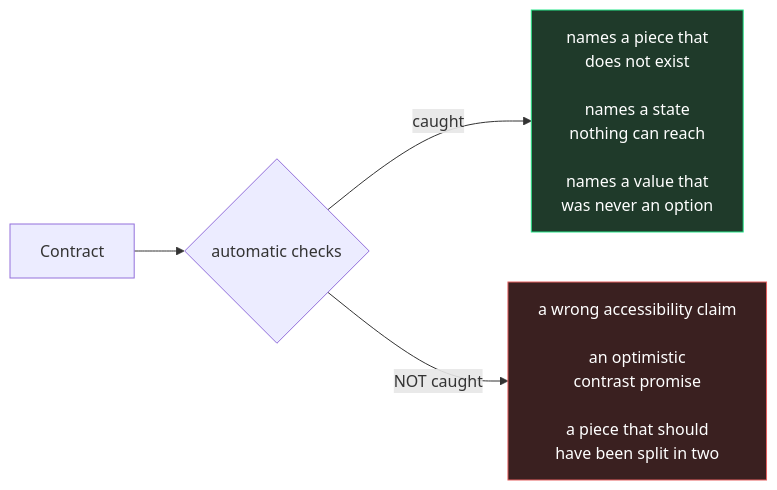
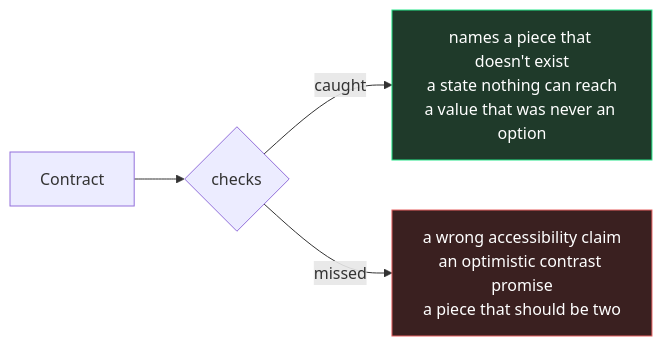
Before and after one commit to cris-achiardi/weave-ds-template: the second of 2 diagrams in docs/documentation/02-the-two-halves.md, drawn with Mermaid. The commit also changed other lines of this file and 6 other files, not shown here.

````diff
--- a/docs/documentation/02-the-two-halves.md
+++ b/docs/documentation/02-the-two-halves.md
@@ -158,8 +97,8 @@
 ```mermaid
 flowchart LR
-  A["Contract"] --> B{"automatic checks"}
-  B -->|"caught"| C["names a piece that<br/>does not exist<br/><br/>names a state<br/>nothing can reach<br/><br/>names a value that<br/>was never an option"]
-  B -->|"NOT caught"| D["a wrong accessibility claim<br/><br/>an optimistic<br/>contrast promise<br/><br/>a piece that should<br/>have been split in two"]
+  A["Contract"] --> B{"checks"}
+  B -->|"caught"| C["names a piece that doesn't exist<br/>a state nothing can reach<br/>a value that was never an option"]
+  B -->|"missed"| D["a wrong accessibility claim<br/>an optimistic contrast promise<br/>a piece that should be two"]
   style C fill:#1f3a2a,stroke:#26e589,color:#fff
   style D fill:#3a2020,stroke:#e56161,color:#fff
 ```
````
